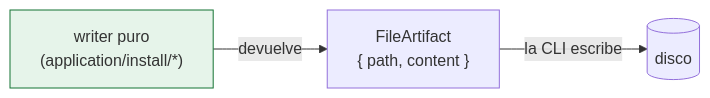
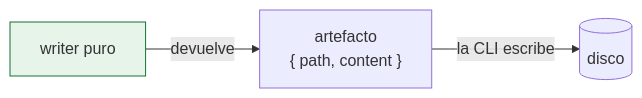
The fourth of 4 diagrams in docs/concepts/01-arquitectura.md (Kolimar/leina), drawn with Mermaid before and after one commit. The commit also changed other lines of this file and 22 other files, not shown here.

````diff
--- a/docs/concepts/01-arquitectura.md
+++ b/docs/concepts/01-arquitectura.md
@@ -147,6 +125,6 @@
 ```mermaid
 flowchart LR
-    writer["writer puro<br/>(application/install/*)"] -->|devuelve| artifact["FileArtifact<br/>{ path, content }"]
+    writer["writer puro"] -->|devuelve| artifact["artefacto<br/>{ path, content }"]
     artifact -->|la CLI escribe| disk[("disco")]
     style writer fill:#e6f4ea,stroke:#137333
 ```
````
